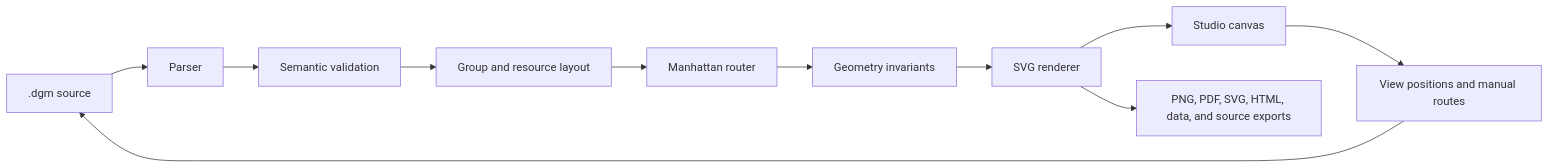
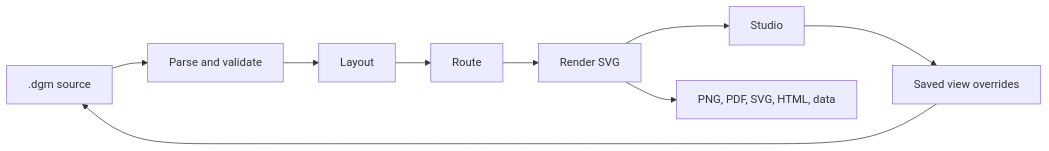
One commit to dumbdiagrams/dumb-diagrams changed the diagram in docs/TECHNICAL_OVERVIEW.md. Above: the diagram before and after it, drawn with Mermaid. The commit also changed other lines of this file and 16 other files, not shown here.

Commit message:
docs: align architecture and release guidance with hardened workflows

````diff
--- a/docs/TECHNICAL_OVERVIEW.md
+++ b/docs/TECHNICAL_OVERVIEW.md
@@ -51,13 +20,11 @@
 ```mermaid
 flowchart LR
-  source[".dgm source"] --> parser["Parser"]
-  parser --> validator["Semantic validation"]
-  validator --> layout["Group and resource layout"]
-  layout --> router["Manhattan router"]
-  router --> checks["Geometry invariants"]
-  checks --> renderer["SVG renderer"]
-  renderer --> studio["Studio canvas"]
-  renderer --> exports["PNG, PDF, SVG, HTML, data, and source exports"]
-  studio --> overrides["View positions and manual routes"]
-  overrides --> source
+  source[".dgm source"] --> parser["Parse and validate"]
+  parser --> layout["Layout"]
+  layout --> route["Route"]
+  route --> render["Render SVG"]
+  render --> studio["Studio"]
+  render --> export["PNG, PDF, SVG, HTML, data"]
+  studio --> view["Saved view overrides"]
+  view --> source
 ```
````
